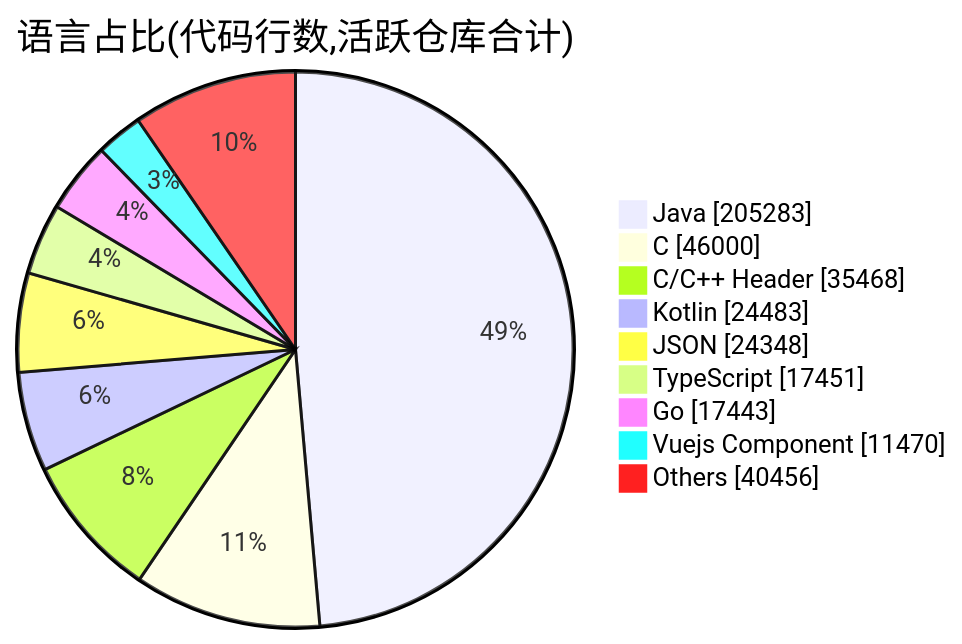
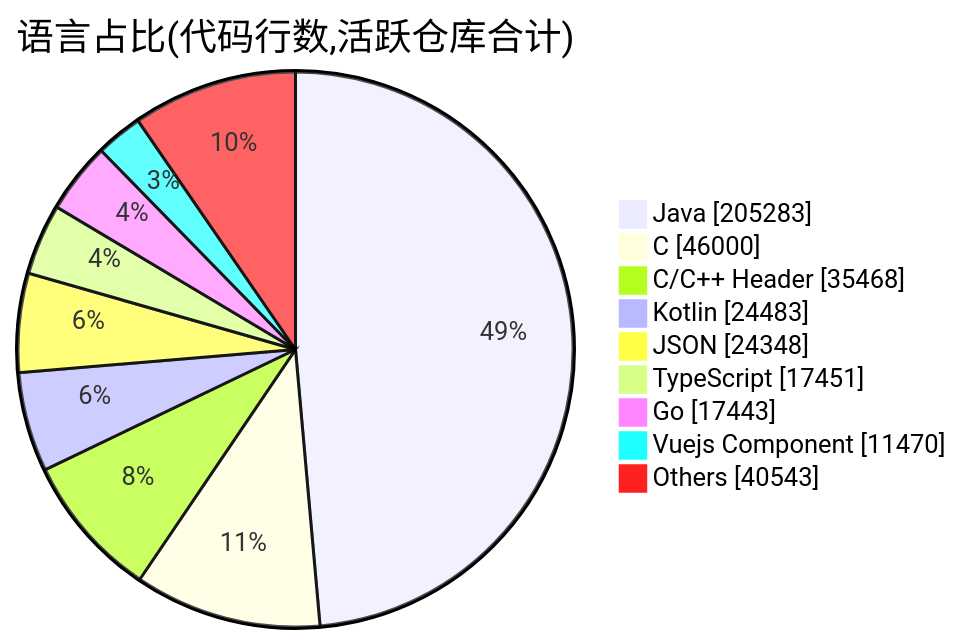
Before and after one commit to Conflux-Union/.github: the second of 2 diagrams in profile/README.md, drawn with Mermaid. The commit also changed other lines of this file and 1 other file, not shown here.

````diff
--- a/profile/README.md
+++ b/profile/README.md
@@ -82,13 +82,13 @@
 ```mermaid
 pie showData
     title 语言占比(代码行数,活跃仓库合计)
     "Java" : 205283
     "C" : 46000
     "C/C++ Header" : 35468
     "Kotlin" : 24483
     "JSON" : 24348
     "TypeScript" : 17451
     "Go" : 17443
     "Vuejs Component" : 11470
-    "Others" : 40456
+    "Others" : 40543
 ```
````
